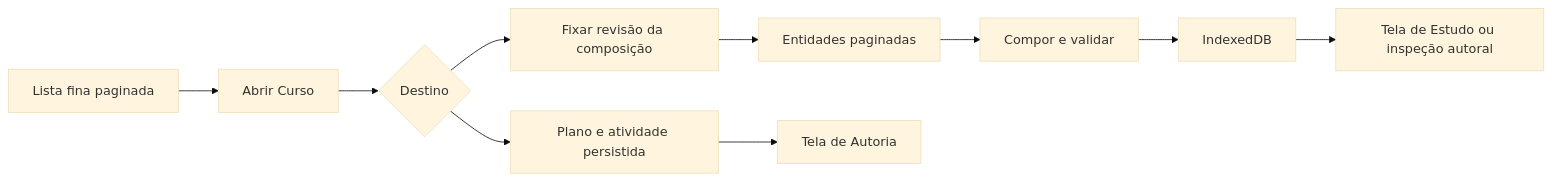
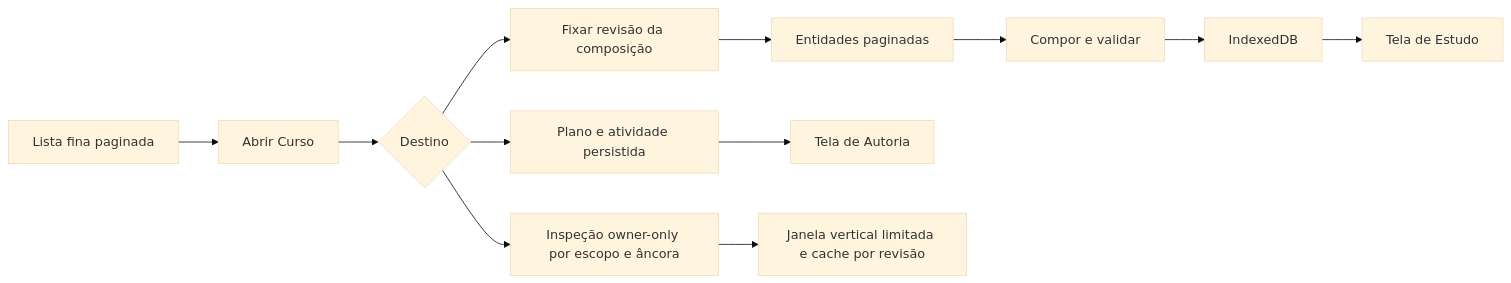
Before and after one commit to fabio-ara/AraLearn: the second of 2 diagrams in docs/estado-atual-e-roadmap.md, drawn with Mermaid (base theme). The commit also changed other lines of this file and 139 other files, not shown here.

Commit message:
Implementar inspeção vertical de unidades

````diff
--- a/docs/estado-atual-e-roadmap.md
+++ b/docs/estado-atual-e-roadmap.md
@@ -73,12 +73,14 @@
 ```mermaid
 flowchart LR
     L[Lista fina paginada] --> O[Abrir Curso]
     O --> D{Destino}
     D --> A[Plano e atividade persistida]
     D --> R[Fixar revisão da composição]
+    D --> IN[Inspeção owner-only por escopo e âncora]
     R --> P[Entidades paginadas]
     P --> V[Compor e validar]
     V --> I[IndexedDB]
     A --> T[Tela de Autoria]
-    I --> U[Tela de Estudo ou inspeção autoral]
+    IN --> W[Janela vertical limitada e cache por revisão]
+    I --> U[Tela de Estudo]
 ```
````
